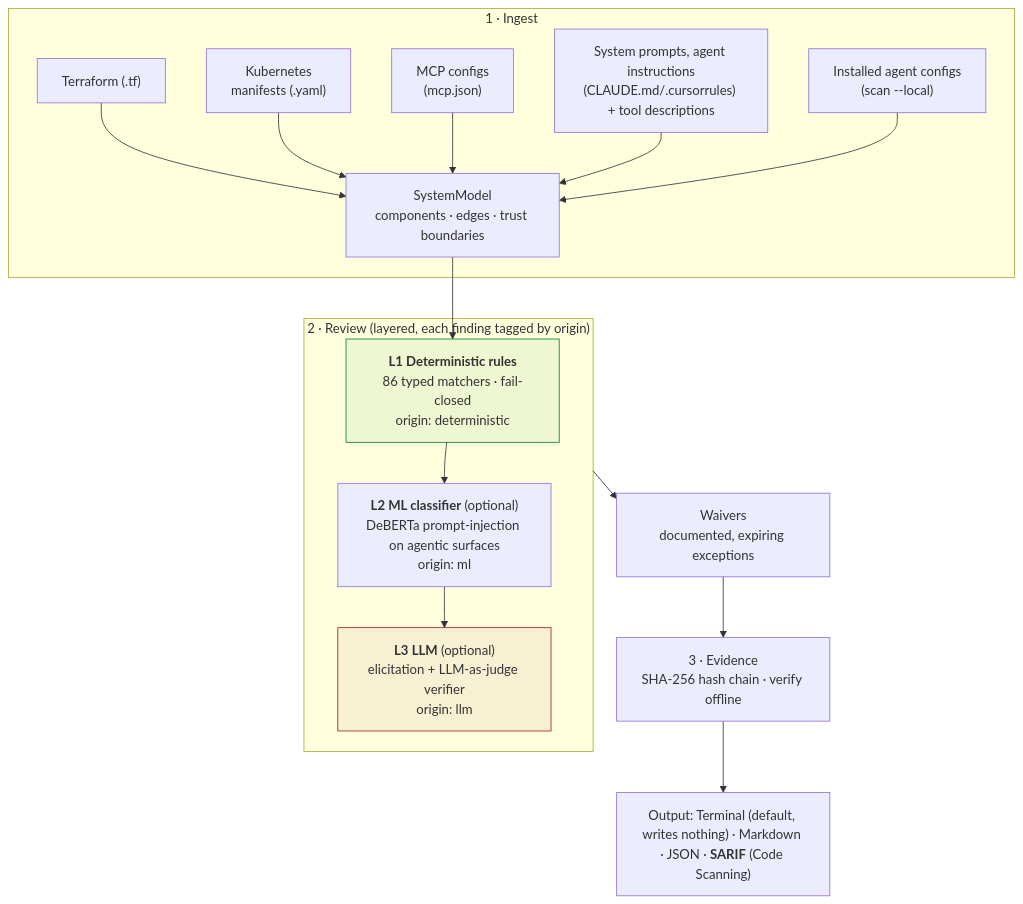
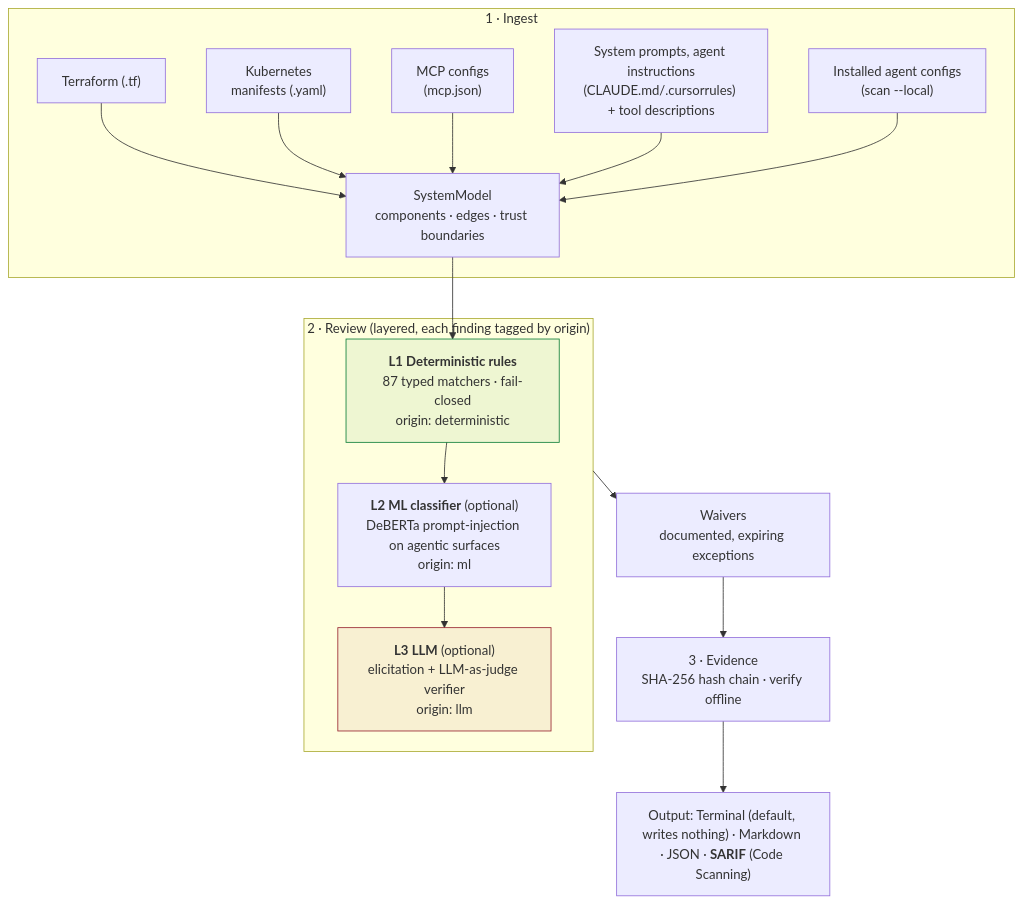
The first of 4 diagrams in README.md (zeyadalsakhii/attestral), drawn with Mermaid before and after one commit. The commit also changed other lines of this file and 6 other files, not shown here.

````diff
--- a/README.md
+++ b/README.md
@@ -88,23 +88,23 @@
 ```mermaid
 flowchart TB
     subgraph ING["1 · Ingest"]
         TF["Terraform (.tf)"] --> M
         K8S["Kubernetes<br/>manifests (.yaml)"] --> M
         MCP["MCP configs<br/>(mcp.json)"] --> M
         SP["System prompts, agent instructions<br/>(CLAUDE.md/.cursorrules) + tool descriptions"] --> M
         LC["Installed agent configs<br/>(scan --local)"] --> M
         M["SystemModel<br/>components · edges · trust boundaries"]
     end
     M --> L1
     subgraph REV["2 · Review (layered, each finding tagged by origin)"]
-        L1["<b>L1 Deterministic rules</b><br/>86 typed matchers · fail-closed<br/>origin: deterministic"]
+        L1["<b>L1 Deterministic rules</b><br/>87 typed matchers · fail-closed<br/>origin: deterministic"]
         L2["<b>L2 ML classifier</b> (optional)<br/>DeBERTa prompt-injection on agentic surfaces<br/>origin: ml"]
         L3["<b>L3 LLM</b> (optional)<br/>elicitation + LLM-as-judge verifier<br/>origin: llm"]
         L1 --> L2 --> L3
     end
     REV --> W["Waivers<br/>documented, expiring exceptions"]
     W --> EV["3 · Evidence<br/>SHA-256 hash chain · verify offline"]
     EV --> OUT["Output: Terminal (default, writes nothing) · Markdown · JSON · <b>SARIF</b> (Code Scanning)"]
     style L1 fill:#0a7d3611,stroke:#0a7d36
     style L3 fill:#96222E11,stroke:#96222E
 ```
````
